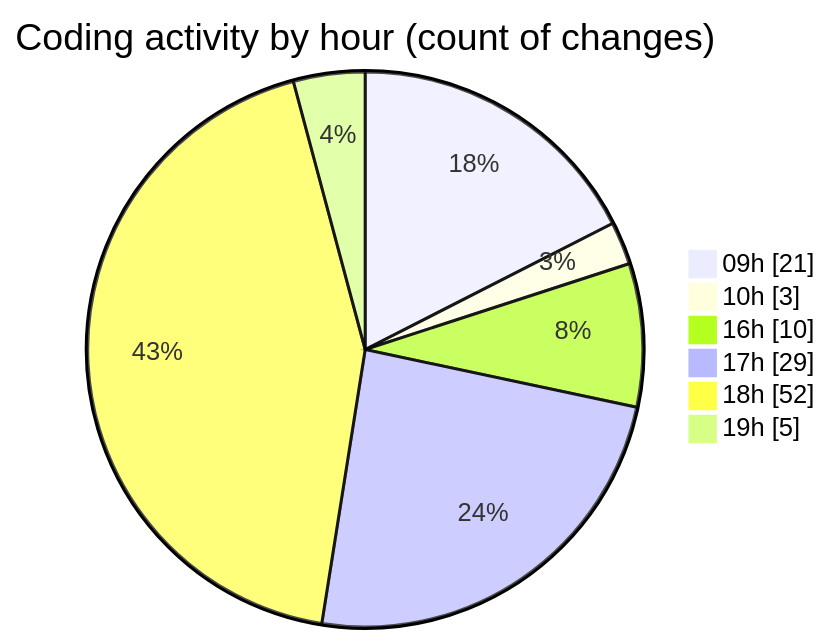
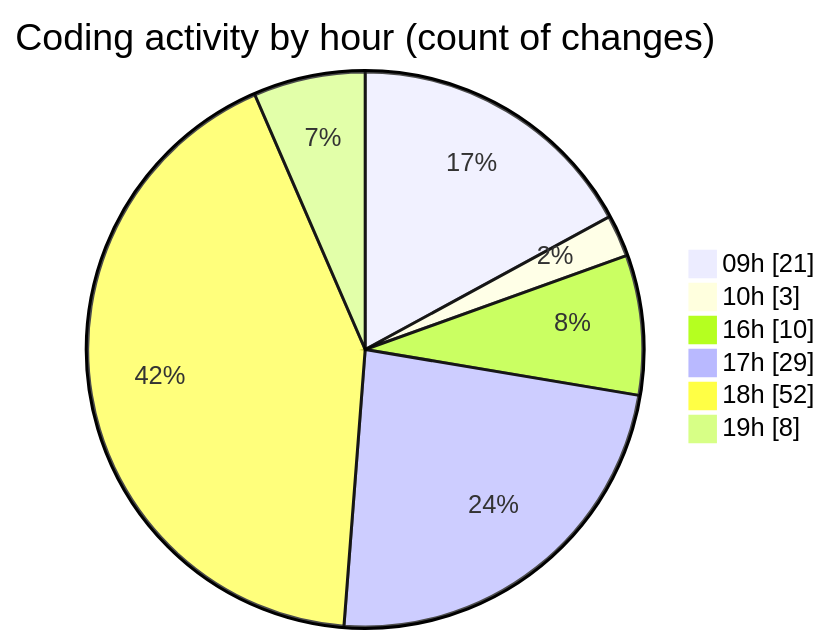
One commit to momahboobian/code-tracking changed the second of 2 diagrams in 2025-12-17/cda/README.md. Above: the diagram before and after it, drawn with Mermaid. The commit also changed other lines of this file and 1 other file, not shown here.

````diff
--- a/2025-12-17/cda/README.md
+++ b/2025-12-17/cda/README.md
@@ -65,10 +65,10 @@
 ```mermaid
 pie showData
 title Coding activity by hour (count of changes)
 "09h" : 21
 "10h" : 3
 "16h" : 10
 "17h" : 29
 "18h" : 52
-"19h" : 5
+"19h" : 8
 ```
````
